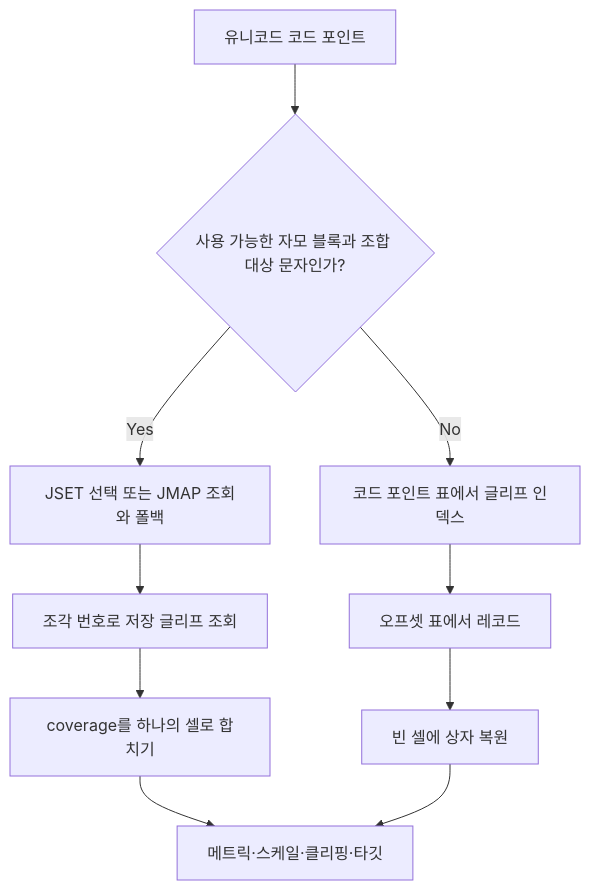
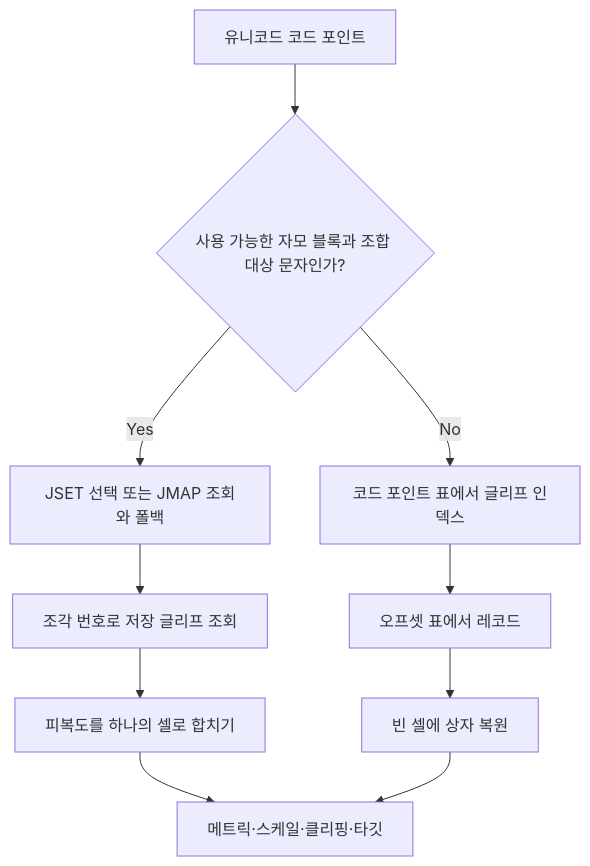
Before and after one commit to TaehyunKimLL/svf-fonts-open: the first of 2 diagrams in spec/SVF.ko.md, drawn with Mermaid. The commit also changed other lines of this file and 3 other files, not shown here.

````diff
--- a/spec/SVF.ko.md
+++ b/spec/SVF.ko.md
@@ -64,12 +50,12 @@
 ```mermaid
 flowchart TD
     U["유니코드 코드 포인트"] --> Q{"사용 가능한 자모 블록과 조합 대상 문자인가?"}
     Q -->|Yes| J["JSET 선택 또는 JMAP 조회와 폴백"]
     J --> P["조각 번호로 저장 글리프 조회"]
-    P --> X["coverage를 하나의 셀로 합치기"]
+    P --> X["피복도를 하나의 셀로 합치기"]
     Q -->|No| C["코드 포인트 표에서 글리프 인덱스"]
     C --> O["오프셋 표에서 레코드"]
     O --> B["빈 셀에 상자 복원"]
     X --> T["메트릭·스케일·클리핑·타깃"]
     B --> T
 ```
````
